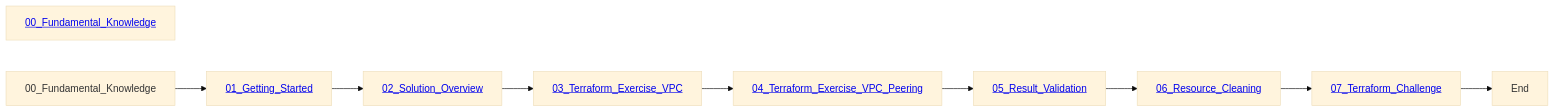
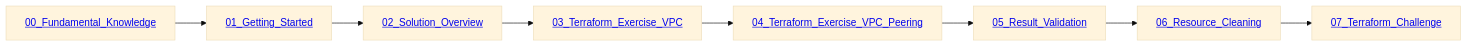
One commit to Huawei-APAC-Professional-Services/terraform-101-workshop changed the diagram in README.md. Above: the diagram before and after it, drawn with Mermaid (base theme).

````diff
--- a/README.md
+++ b/README.md
@@ -46,20 +46,18 @@
 ```mermaid
 flowchart LR
-    Start[<a href='https://github.com/Huawei-APAC-Professional-Services/terraform-101-workshop/blob/master/workshop/00_Fundamental_Knowledge.md'>00_Fundamental_Knowledge</a>]
+    00_Fundamental_Knowledge[<a href='https://github.com/Huawei-APAC-Professional-Services/terraform-101-workshop/blob/master/workshop/00_Fundamental_Knowledge.md'>00_Fundamental_Knowledge</a>]
 
     00_Fundamental_Knowledge --> 01_Getting_Started[<a href='https://github.com/Huawei-APAC-Professional-Services/terraform-101-workshop/blob/master/workshop/01_Getting_Started.md'>01_Getting_Started</a>]
 
     01_Getting_Started --> 02_Solution_Overview[<a href='https://github.com/Huawei-APAC-Professional-Services/terraform-101-workshop/blob/master/workshop/02_Solution_Overview.md'>02_Solution_Overview</a>]
 
     02_Solution_Overview --> 03_Terraform_Exercise_VPC[<a href='https://github.com/Huawei-APAC-Professional-Services/terraform-101-workshop/blob/master/workshop/03_Terraform_Exercise_VPC.md'>03_Terraform_Exercise_VPC</a>]
 
     03_Terraform_Exercise_VPC --> 04_Terraform_Exercise_VPC_Peering[<a href='https://github.com/Huawei-APAC-Professional-Services/terraform-101-workshop/blob/master/workshop/04_Terraform_Exercise_VPC_Peering.md'>04_Terraform_Exercise_VPC_Peering</a>]
 
     04_Terraform_Exercise_VPC_Peering --> 05_Result_Validation[<a href='https://github.com/Huawei-APAC-Professional-Services/terraform-101-workshop/blob/master/workshop/05_Result_Validation.md'>05_Result_Validation</a>]
 
     05_Result_Validation --> 06_Resource_Cleaning[<a href='https://github.com/Huawei-APAC-Professional-Services/terraform-101-workshop/blob/master/workshop/06_Resource_Cleaning.md'>06_Resource_Cleaning</a>]
 
     06_Resource_Cleaning --> 07_Terraform_Challenge[<a href='https://github.com/Huawei-APAC-Professional-Services/terraform-101-workshop/blob/master/workshop/07_Terraform_Challenge.md'>07_Terraform_Challenge</a>]
-
-    07_Terraform_Challenge --> End
 ```
````
